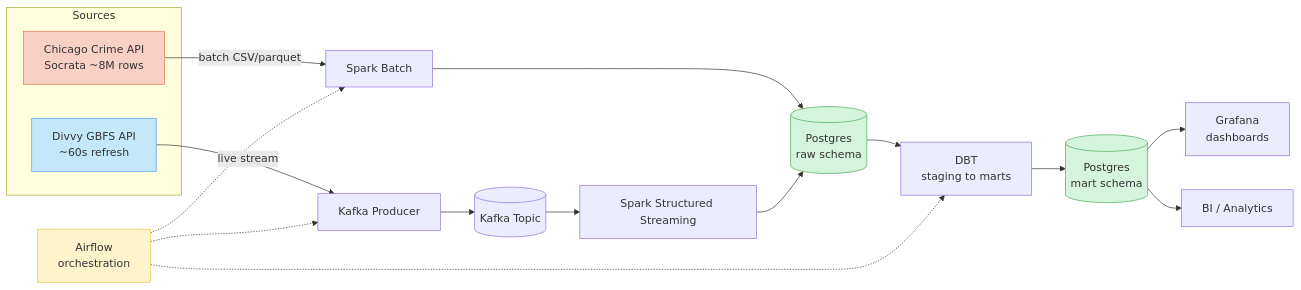
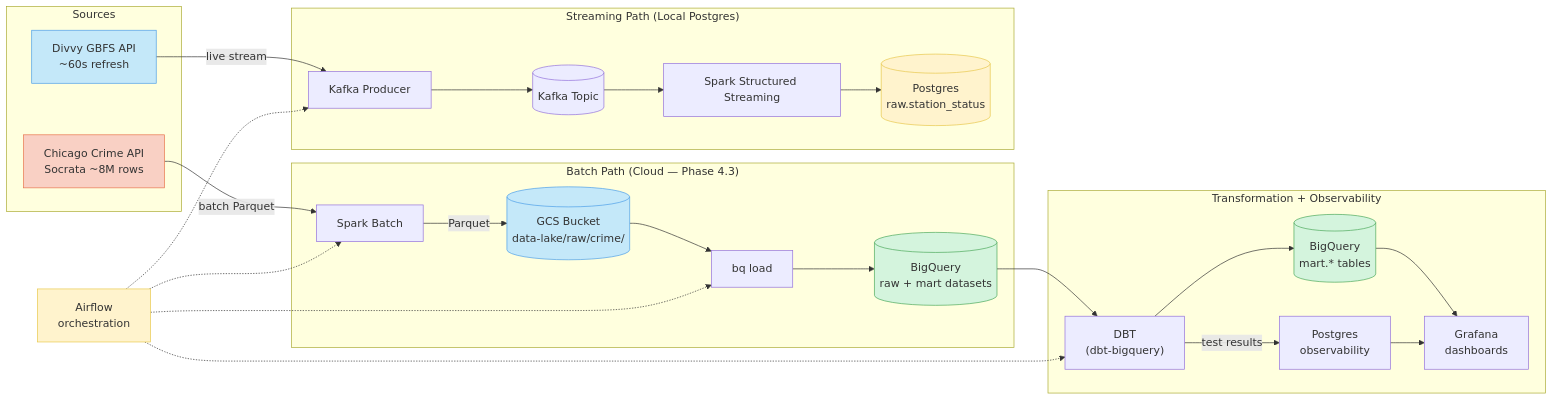
Before and after one commit to SagarMarthandan/chicago-data-pipeline: the first of 3 diagrams in README.md, drawn with Mermaid. The commit also changed other lines of this file and 25 other files, not shown here.

Commit message:
v25  Phase 4.3: Migrate batch pipeline from Postgres to GCS/BigQuery

````diff
--- a/README.md
+++ b/README.md
@@ -27,31 +27,56 @@
 ```mermaid
 graph LR
     subgraph Sources
         CC["Chicago Crime API<br/>Socrata ~8M rows"]
         DV["Divvy GBFS API<br/>~60s refresh"]
     end
 
-    CC -->|"batch CSV/parquet"| SP[Spark Batch]
-    DV -->|live stream| KP[Kafka Producer]
-    KP --> KT[(Kafka Topic)]
-    KT --> SS[Spark Structured Streaming]
+    subgraph "Batch Path (Cloud — Phase 4.3)"
+        SP[Spark Batch]
+        GCS[("GCS Bucket<br/>data-lake/raw/crime/")]
+        BQL["bq load"]
+        BQ[("BigQuery<br/>raw + mart datasets")]
+    end
 
-    SP --> PG[("Postgres<br/>raw schema")]
+    subgraph "Streaming Path (Local Postgres)"
+        KP[Kafka Producer]
+        KT[(Kafka Topic)]
+        SS[Spark Structured Streaming]
+        PG[("Postgres<br/>raw.station_status")]
+    end
+
+    subgraph "Transformation + Observability"
+        DBT["DBT<br/>(dbt-bigquery)"]
+        BQM[("BigQuery<br/>mart.* tables")]
+        OBS["Postgres<br/>observability"]
+        GR["Grafana<br/>dashboards"]
+    end
+
+    CC -->|"batch Parquet"| SP
+    SP -->|Parquet| GCS
+    GCS --> BQL
+    BQL --> BQ
+    BQ --> DBT
+    DBT --> BQM
+    DBT -->|test results| OBS
+    BQM --> GR
+    OBS --> GR
+
+    DV -->|live stream| KP
+    KP --> KT
+    KT --> SS
     SS --> PG
 
-    PG --> DBT["DBT<br/>staging to marts"]
-    DBT --> PG2[("Postgres<br/>mart schema")]
-
-    PG2 --> GR["Grafana<br/>dashboards"]
-    PG2 --> BI["BI / Analytics"]
-
     AF["Airflow<br/>orchestration"] -.-> SP
+    AF -.-> BQL
     AF -.-> DBT
     AF -.-> KP
 
     style CC fill:#f9d0c4,stroke:#e8744c
     style DV fill:#c4e8f9,stroke:#4c9ee8
-    style PG fill:#d4f4dd,stroke:#4ca85a
-    style PG2 fill:#d4f4dd,stroke:#4ca85a
+    style GCS fill:#c4e8f9,stroke:#4c9ee8
+    style BQ fill:#d4f4dd,stroke:#4ca85a
+    style BQM fill:#d4f4dd,stroke:#4ca85a
+    style PG fill:#fff3cd,stroke:#e8c84c
     style AF fill:#fff3cd,stroke:#e8c84c
 ```
````
